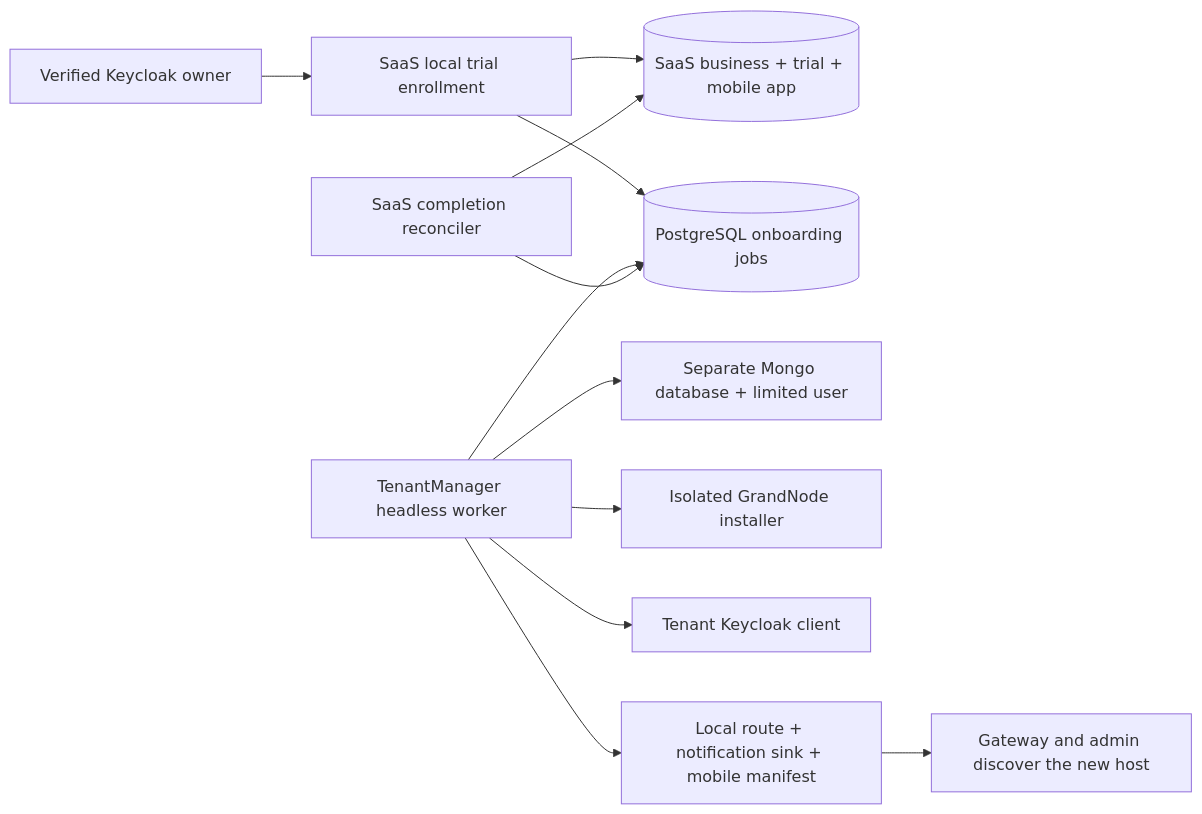
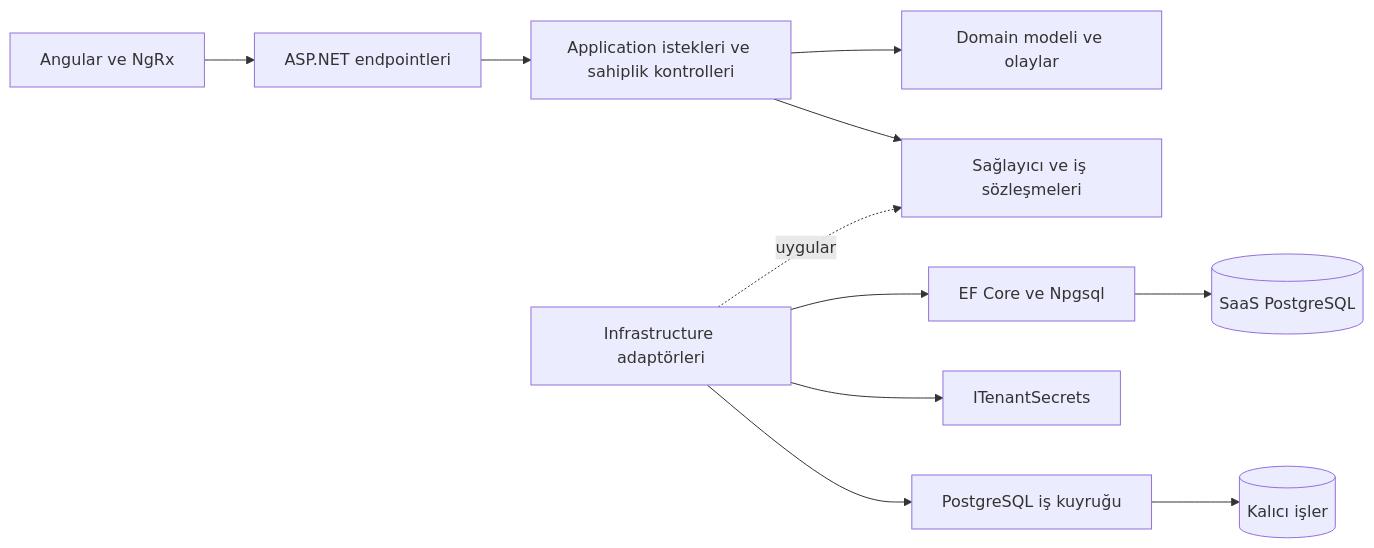
Before and after one commit to osman-kabasakal/multi-tenant-commerce-platform: the third of 6 diagrams in docs/ARCHITECTURE.md, drawn with Mermaid. The commit also changed other lines of this file and 66 other files, not shown here.

````diff
--- a/docs/ARCHITECTURE.md
+++ b/docs/ARCHITECTURE.md
@@ -56,14 +96,13 @@
 ```mermaid
 flowchart LR
-  Owner[Verified Keycloak owner] --> UI[SaaS local trial enrollment]
-  UI --> S[(SaaS business + trial + mobile app)]
-  UI --> Q[(PostgreSQL onboarding jobs)]
-  W[TenantManager headless worker] --> Q
-  W --> M[Separate Mongo database + limited user]
-  W --> I[Isolated GrandNode installer]
-  W --> K[Tenant Keycloak client]
-  W --> R[Local route + notification sink + mobile manifest]
-  R --> G[Gateway and admin discover the new host]
-  C[SaaS completion reconciler] --> Q
-  C --> S
+    UI[Angular ve NgRx] --> API[ASP.NET endpointleri]
+    API --> Application[Application istekleri ve sahiplik kontrolleri]
+    Application --> Domain[Domain modeli ve olaylar]
+    Application --> Contracts[Sağlayıcı ve iş sözleşmeleri]
+    Infra[Infrastructure adaptörleri] -. uygular .-> Contracts
+    Infra --> EF[EF Core ve Npgsql]
+    Infra --> Secret[ITenantSecrets]
+    Infra --> Queue[PostgreSQL iş kuyruğu]
+    EF --> DB[(SaaS PostgreSQL)]
+    Queue --> Jobs[(Kalıcı işler)]
 ```
````
